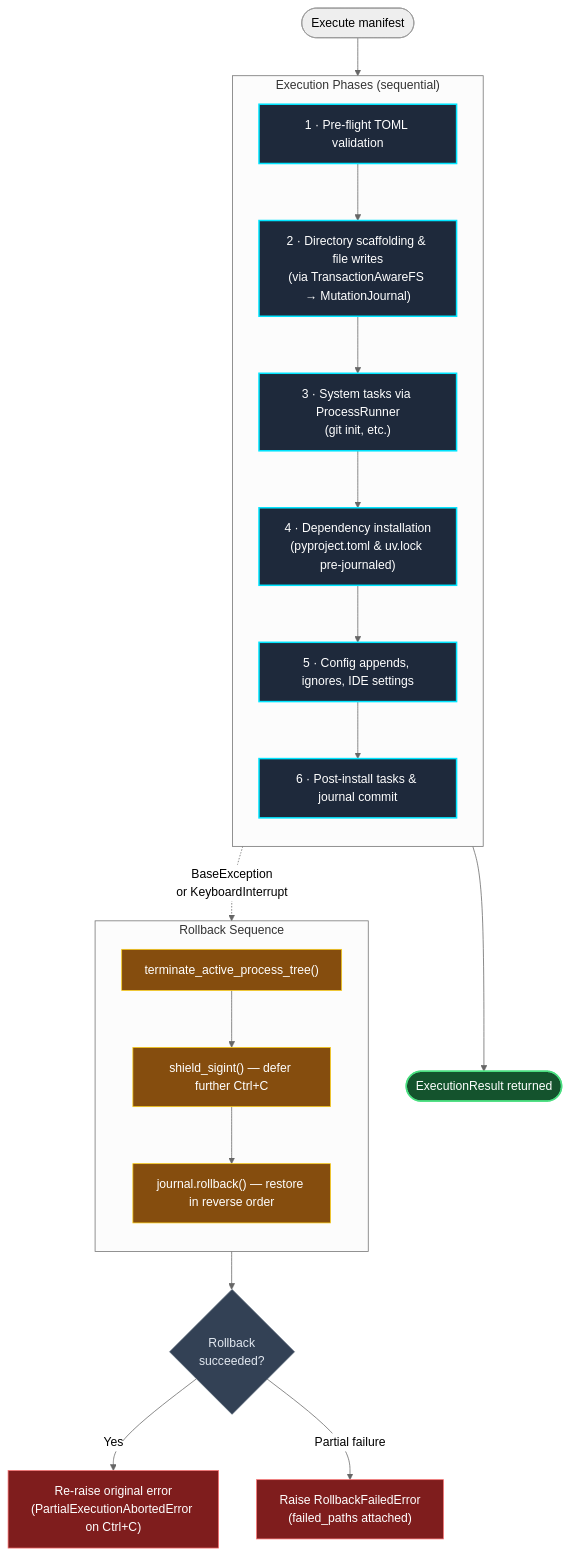
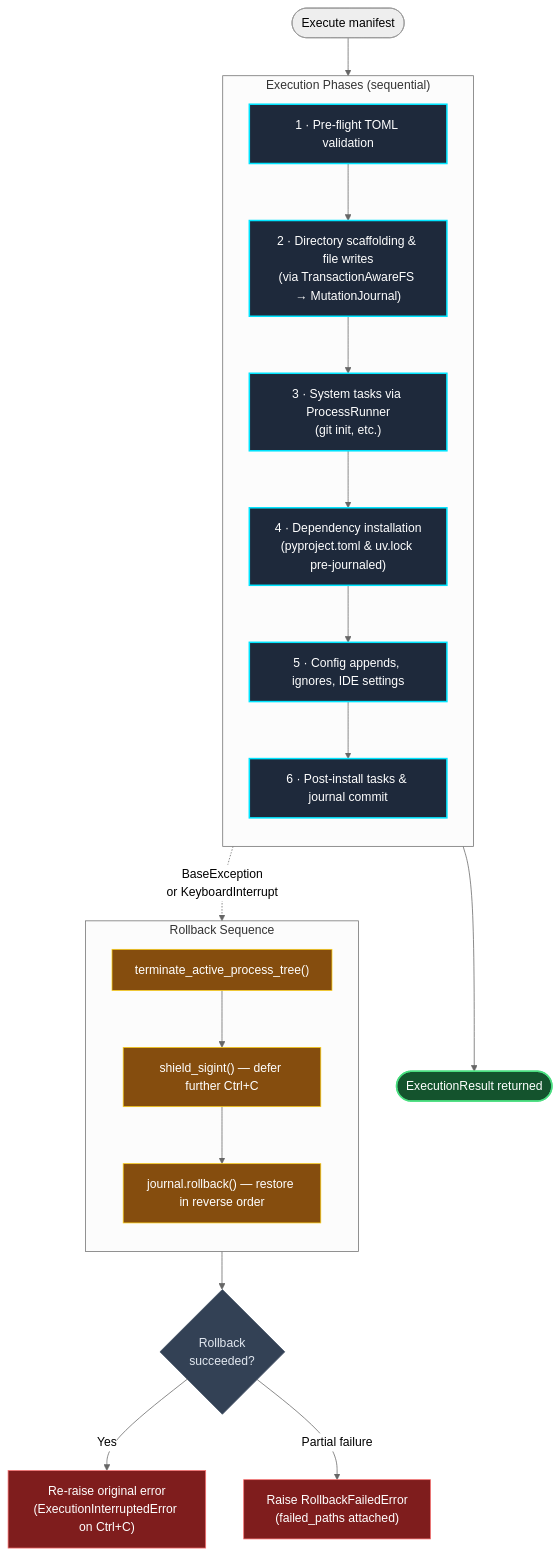
Before and after one commit to JacksonFergusonDev/protostar: the second of 2 diagrams in docs/mechanics/rollback.md, drawn with Mermaid (neutral theme). The commit also changed other lines of this file and 13 other files, not shown here.

Commit message:
refactor(errors): replace PartialExecutionAbortedError with ExecutionInterruptedError

````diff
--- a/docs/mechanics/rollback.md
+++ b/docs/mechanics/rollback.md
@@ -37,37 +37,37 @@
 ```mermaid
 flowchart TD
     classDef phase fill:#1e293b,stroke:#00e5ff,stroke-width:2px,color:#fff;
     classDef decision fill:#334155,stroke:#475569,stroke-width:1px,color:#e2e8f0;
     classDef success fill:#14532d,stroke:#4ade80,stroke-width:2px,color:#fff;
     classDef rollback fill:#854d0e,stroke:#facc15,stroke-width:1px,color:#fff;
     classDef error fill:#7f1d1d,stroke:#f87171,stroke-width:1px,color:#fff;
 
     Start([Execute manifest]) --> Steps
 
     subgraph Steps ["Execution Phases (sequential)"]
         direction TB
         S1["1 · Pre-flight TOML validation"]:::phase
         S2["2 · Directory scaffolding & file writes\n(via TransactionAwareFS → MutationJournal)"]:::phase
         S3["3 · System tasks via ProcessRunner\n(git init, etc.)"]:::phase
         S4["4 · Dependency installation\n(pyproject.toml & uv.lock pre-journaled)"]:::phase
         S5["5 · Config appends, ignores, IDE settings"]:::phase
         S6["6 · Post-install tasks & journal commit"]:::phase
         S1 --> S2 --> S3 --> S4 --> S5 --> S6
     end
 
     S6 --> Done([ExecutionResult returned]):::success
 
     Steps -. "BaseException\nor KeyboardInterrupt" .-> RB
 
     subgraph RB ["Rollback Sequence"]
         direction TB
         R1["terminate_active_process_tree()"]:::rollback
         R2["shield_sigint() — defer further Ctrl+C"]:::rollback
         R3["journal.rollback() — restore in reverse order"]:::rollback
         R1 --> R2 --> R3
     end
 
     R3 --> Check{Rollback\nsucceeded?}:::decision
-    Check -- "Yes" --> ReRaise["Re-raise original error\n(PartialExecutionAbortedError on Ctrl+C)"]:::error
+    Check -- "Yes" --> ReRaise["Re-raise original error\n(ExecutionInterruptedError on Ctrl+C)"]:::error
     Check -- "Partial failure" --> RFE["Raise RollbackFailedError\n(failed_paths attached)"]:::error
 ```
````
